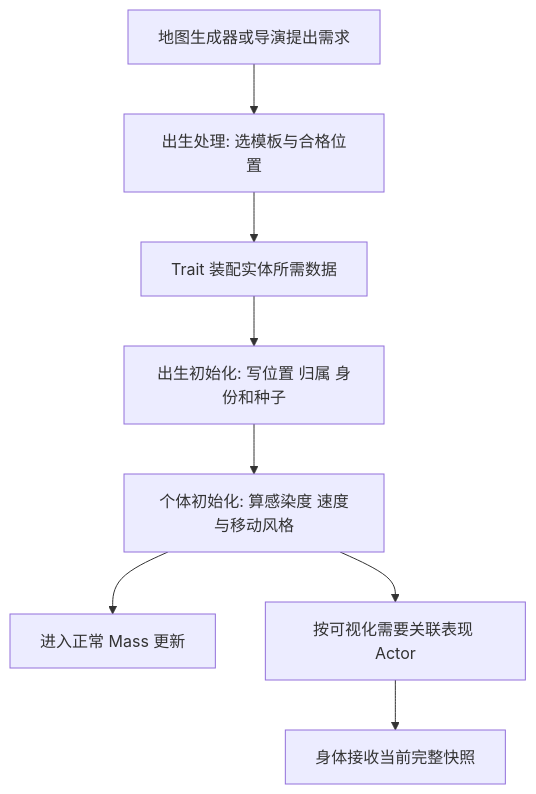
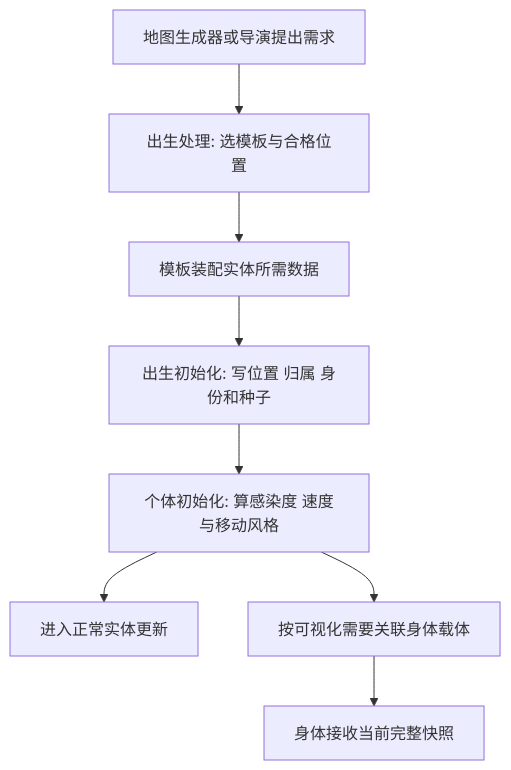
One commit to bunkerboy258/UBBBNexus changed the second of 3 diagrams in Mass/Instance/Monster/Law.md. Above: the diagram before and after it, drawn with Mermaid. The commit also changed other lines of this file and 1 other file, not shown here.

Commit message:
Map monster and projectile directories to plain Chinese architecture terms

````diff
--- a/Mass/Instance/Monster/Law.md
+++ b/Mass/Instance/Monster/Law.md
@@ -38,10 +63,10 @@
 ```mermaid
 flowchart TD
-    A["地图生成器或导演提出需求"] --> B["出生处理: 选模板与合格位置"]
-    B --> C["Trait 装配实体所需数据"]
-    C --> D["出生初始化: 写位置 归属 身份和种子"]
-    D --> E["个体初始化: 算感染度 速度与移动风格"]
-    E --> F["进入正常 Mass 更新"]
-    E --> G["按可视化需要关联表现 Actor"]
-    G --> H["身体接收当前完整快照"]
+    出生需求["地图生成器或导演提出需求"] --> 出生选点["出生处理: 选模板与合格位置"]
+    出生选点 --> 模板装配["模板装配实体所需数据"]
+    模板装配 --> 出生初始化["出生初始化: 写位置 归属 身份和种子"]
+    出生初始化 --> 个体初始化["个体初始化: 算感染度 速度与移动风格"]
+    个体初始化 --> 运行更新["进入正常实体更新"]
+    个体初始化 --> 身体关联["按可视化需要关联身体载体"]
+    身体关联 --> 快照恢复["身体接收当前完整快照"]
 ```
````
